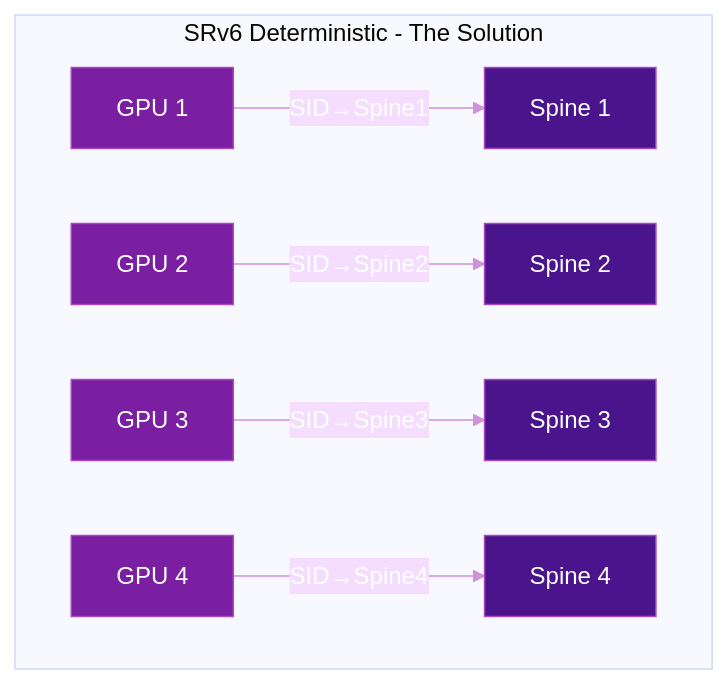
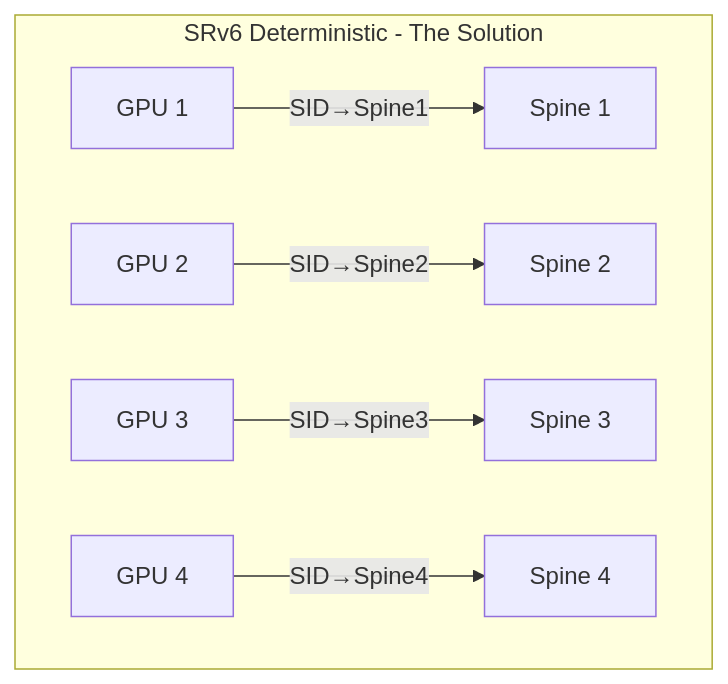
The second of 2 diagrams in docs/use-cases/ai-networking.md (eldaninavas/srv6.md), drawn with Mermaid before and after one commit. The commit also changed other lines of this file and 29 other files, not shown here.

First line of the commit message:
fix(mermaid): apply theme-aware colors site-wide

````diff
--- a/docs/use-cases/ai-networking.md
+++ b/docs/use-cases/ai-networking.md
@@ -48,19 +42,9 @@
 ```mermaid
-%%{init: {"theme": "base", "themeVariables": {"primaryTextColor": "#fff", "lineColor": "#ce93d8", "textColor": "#fff"}}}%%
 graph TB
     subgraph SRv6 Deterministic - The Solution
         G1[GPU 1] -->|SID→Spine1| S1[Spine 1]
         G2[GPU 2] -->|SID→Spine2| S2[Spine 2]
         G3[GPU 3] -->|SID→Spine3| S3[Spine 3]
         G4[GPU 4] -->|SID→Spine4| S4[Spine 4]
     end
-
-    style S1 fill:#4a148c,color:#fff,stroke:#ab47bc
-    style S2 fill:#4a148c,color:#fff,stroke:#ab47bc
-    style S3 fill:#4a148c,color:#fff,stroke:#ab47bc
-    style S4 fill:#4a148c,color:#fff,stroke:#ab47bc
-    style G1 fill:#7b1fa2,color:#fff,stroke:#ab47bc
-    style G2 fill:#7b1fa2,color:#fff,stroke:#ab47bc
-    style G3 fill:#7b1fa2,color:#fff,stroke:#ab47bc
-    style G4 fill:#7b1fa2,color:#fff,stroke:#ab47bc
 ```
````
